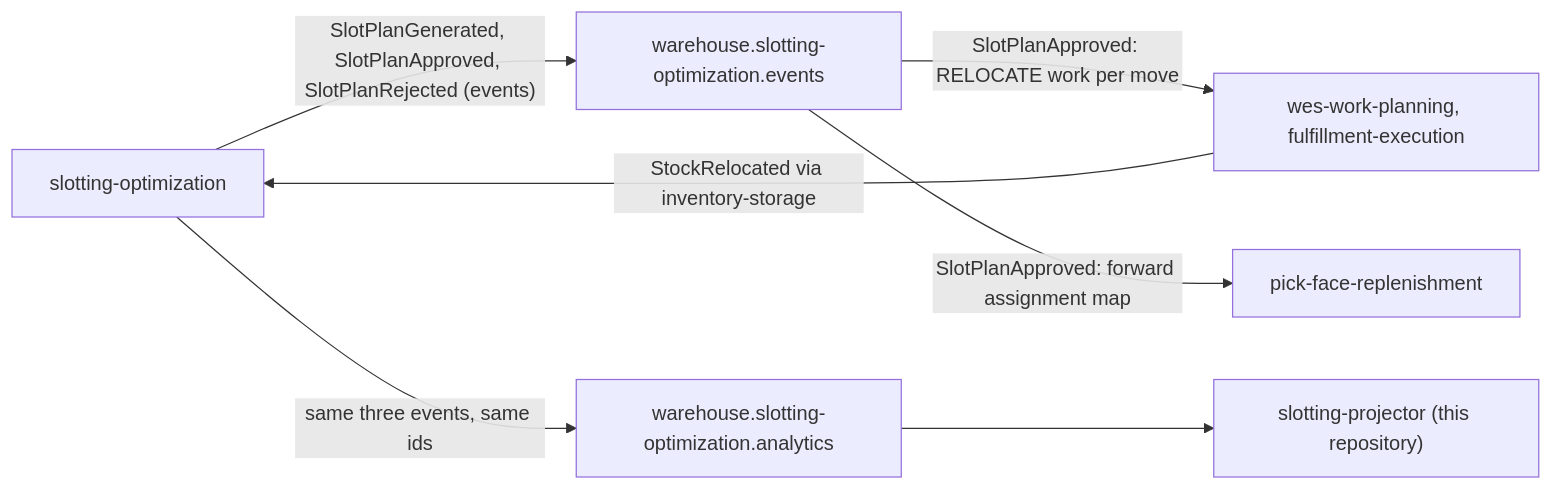
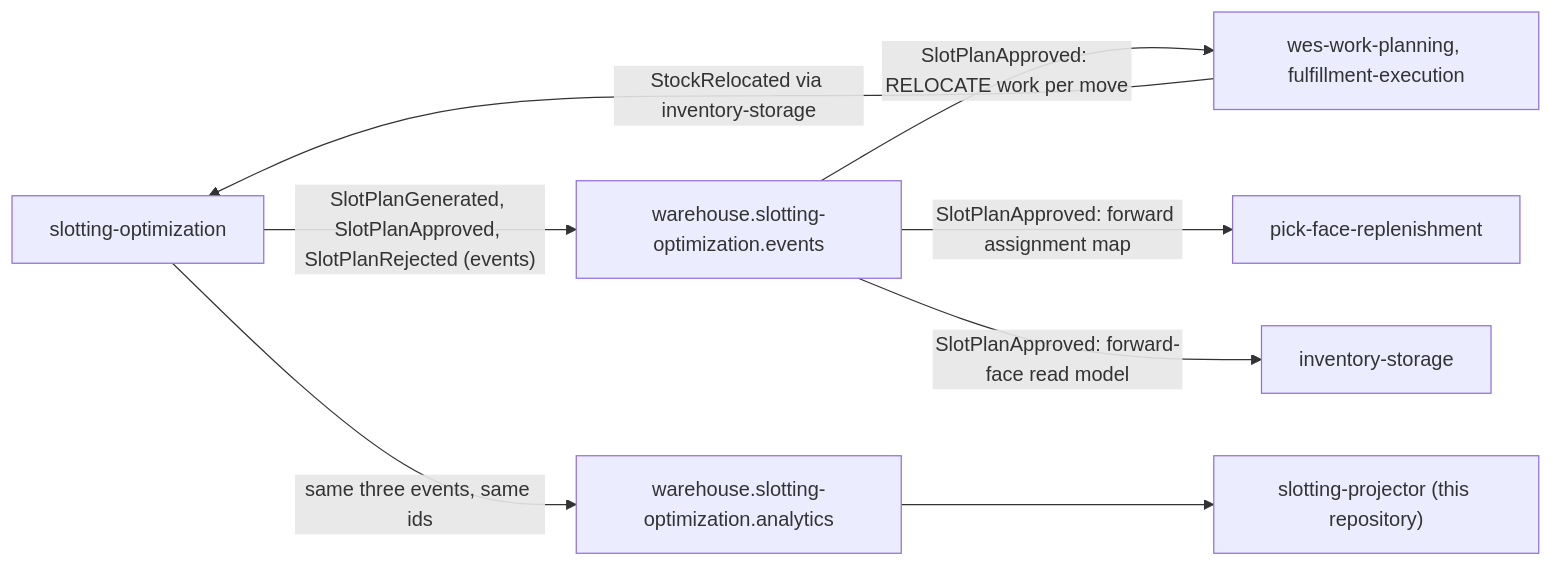
Before and after one commit to IQVO/slotting-optimization: the fourth of 4 diagrams in docs/docs/ddd/bounded-context-canvas.md, drawn with Mermaid. The commit also changed other lines of this file and 16 other files, not shown here.

First line of the commit message:
docs(slotting-optimization): wired service, three SlotPlanApproved consumers, pack-level and StockRelocated consumers

````diff
--- a/docs/docs/ddd/bounded-context-canvas.md
+++ b/docs/docs/ddd/bounded-context-canvas.md
@@ -163,9 +163,10 @@
 ```mermaid
 flowchart LR
     so["slotting-optimization"] -->|"SlotPlanGenerated, SlotPlanApproved, SlotPlanRejected (events)"| topic["warehouse.slotting-optimization.events"]
     so -->|"same three events, same ids"| atopic["warehouse.slotting-optimization.analytics"]
     topic -->|"SlotPlanApproved: RELOCATE work per move"| exec["wes-work-planning, fulfillment-execution"]
     topic -->|"SlotPlanApproved: forward assignment map"| pfr["pick-face-replenishment"]
+    topic -->|"SlotPlanApproved: forward-face read model"| ist["inventory-storage"]
     atopic --> proj["slotting-projector (this repository)"]
     exec -->|"StockRelocated via inventory-storage"| so
 ```
````
